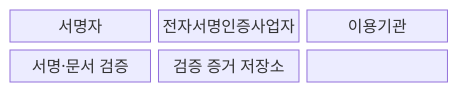
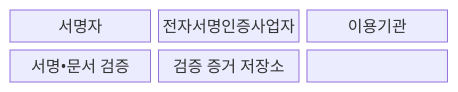
One commit to agnusdei1207/knowledge-base changed the first of 2 diagrams in src/content/docs/notes/07-law-policy/026_electronic_signature_act.md. Above: the diagram before and after it, drawn with Mermaid. The commit also changed other lines of this file and 953 other files, not shown here.

````diff
--- a/src/content/docs/notes/07-law-policy/026_electronic_signature_act.md
+++ b/src/content/docs/notes/07-law-policy/026_electronic_signature_act.md
@@ -68,11 +68,11 @@
 ```mermaid
 block-beta
   columns 3
   N0["서명자"]
   N1["전자서명인증사업자"]
   N2["이용기관"]
-  N3["서명·문서 검증"]
+  N3["서명•문서 검증"]
   N4["검증 증거 저장소"]
   N0 --- N1 --- N2
   N2 --- N3 --- N4
 ```
````
